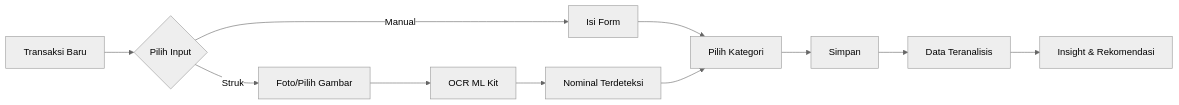
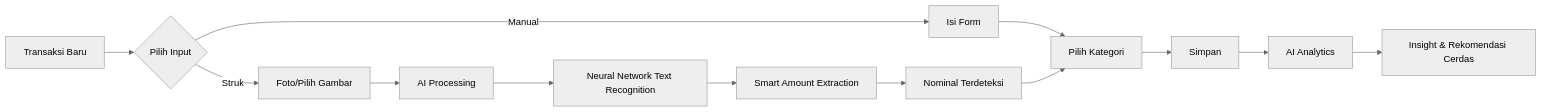
One commit to MashudiSudonym/Catat-Cuan changed the diagram in README.md. Above: the diagram before and after it, drawn with Mermaid (neutral theme). The commit also changed other lines of this file, not shown here.

````diff
--- a/README.md
+++ b/README.md
@@ -86,13 +89,15 @@
 ```mermaid
 graph LR
     A[Transaksi Baru] --> B{Pilih Input}
     B -->|Manual| C[Isi Form]
     B -->|Struk| D[Foto/Pilih Gambar]
-    D --> E[OCR ML Kit]
-    E --> F[Nominal Terdeteksi]
-    C --> G[Pilih Kategori]
-    F --> G
-    G --> H[Simpan]
-    H --> I[Data Teranalisis]
-    I --> J[Insight & Rekomendasi]
+    D --> E[AI Processing]
+    E --> F[Neural Network Text Recognition]
+    F --> G[Smart Amount Extraction]
+    G --> H[Nominal Terdeteksi]
+    C --> I[Pilih Kategori]
+    H --> I
+    I --> J[Simpan]
+    J --> K[AI Analytics]
+    K --> L[Insight & Rekomendasi Cerdas]
 ```
````
